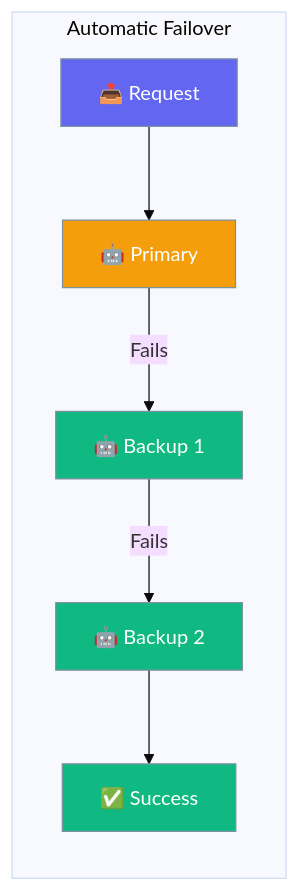
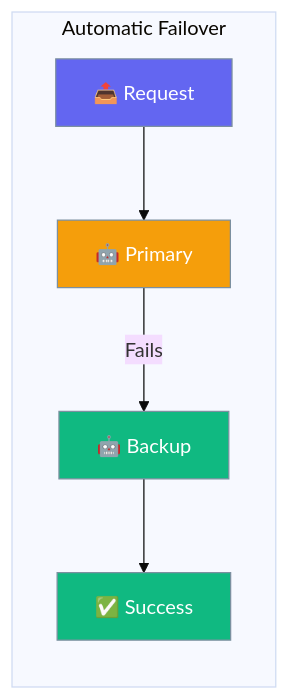
The first of 2 diagrams in docs/js/failover.mdx (MervinPraison/PraisonAIDocs), drawn with Mermaid (base theme) before and after one commit. The commit also changed other lines of this file and 30 other files, not shown here.

````diff
--- a/docs/js/failover.mdx
+++ b/docs/js/failover.mdx
@@ -10,17 +10,16 @@
 ```mermaid
 graph LR
     subgraph "Automatic Failover"
         A[📤 Request] --> B[🤖 Primary]
-        B -->|Fails| C[🤖 Backup 1]
-        C -->|Fails| D[🤖 Backup 2]
-        D --> E[✅ Success]
+        B -->|Fails| C[🤖 Backup]
+        C --> D[✅ Success]
     end
     
     classDef request fill:#6366F1,stroke:#7C90A0,color:#fff
     classDef primary fill:#F59E0B,stroke:#7C90A0,color:#fff
     classDef backup fill:#10B981,stroke:#7C90A0,color:#fff
     
     class A request
     class B primary
-    class C,D,E backup
+    class C,D backup
 ```
````
